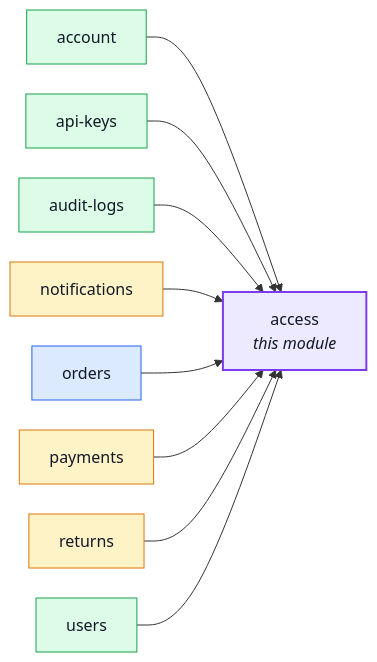
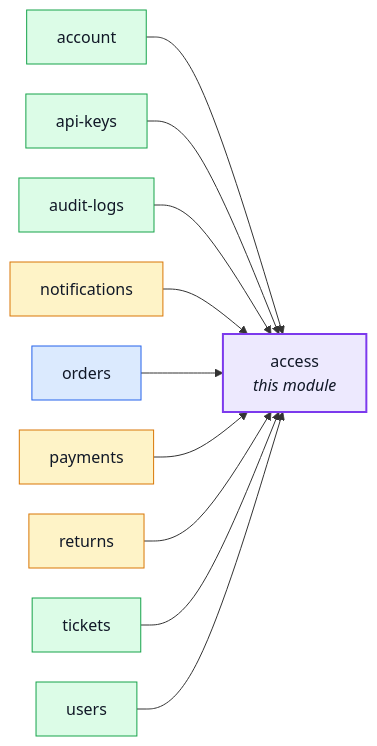
One commit to Guebbit/boilerplate-node-backend changed the first of 2 diagrams in docs/modules/access.md. Above: the diagram before and after it, drawn with Mermaid. The commit also changed 59 other files, not shown here.

````diff
--- a/docs/modules/access.md
+++ b/docs/modules/access.md
@@ -19,31 +19,33 @@
 ```mermaid
 %%{init: {'flowchart': {'nodeSpacing': 30, 'rankSpacing': 60}}}%%
 flowchart LR
     access["access<br/><i>this module</i>"]
     account["account"]
     api_keys["api-keys"]
     audit_logs["audit-logs"]
     notifications["notifications"]
     orders["orders"]
     payments["payments"]
     returns["returns"]
+    tickets["tickets"]
     users["users"]
 
     account --> access
     api_keys --> access
     audit_logs --> access
     notifications --> access
     orders --> access
     payments --> access
     returns --> access
+    tickets --> access
     users --> access
 
     classDef core fill:#dbeafe,stroke:#2563eb,color:#111827;
     classDef supporting fill:#fef3c7,stroke:#d97706,color:#111827;
     classDef generic fill:#dcfce7,stroke:#16a34a,color:#111827;
     classDef centre fill:#ede9fe,stroke:#7c3aed,stroke-width:2px,color:#111827;
     class orders core;
     class notifications,payments,returns supporting;
-    class account,api_keys,audit_logs,users generic;
+    class account,api_keys,audit_logs,tickets,users generic;
     class access centre;
 ```
````
